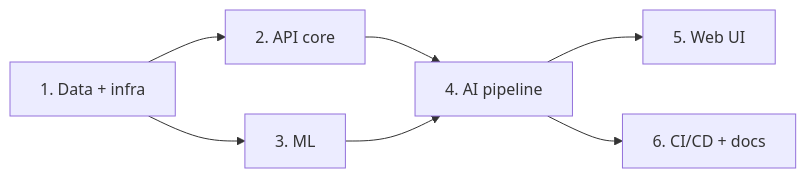
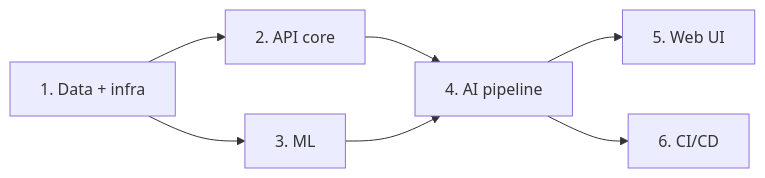
One commit to aryanc381/saathi-from-scratch changed the second of 3 diagrams in README.md. Above: the diagram before and after it, drawn with Mermaid. The commit also changed other lines of this file and 1 other file, not shown here.

````diff
--- a/README.md
+++ b/README.md
@@ -29,9 +29,9 @@
 ```mermaid
 flowchart LR
     P1["1. Data + infra"] --> P2["2. API core"]
     P1 --> P3["3. ML"]
     P2 --> P4["4. AI pipeline"]
     P3 --> P4
     P4 --> P5["5. Web UI"]
-    P4 --> P6["6. CI/CD + docs"]
+    P4 --> P6["6. CI/CD"]
 ```
````
